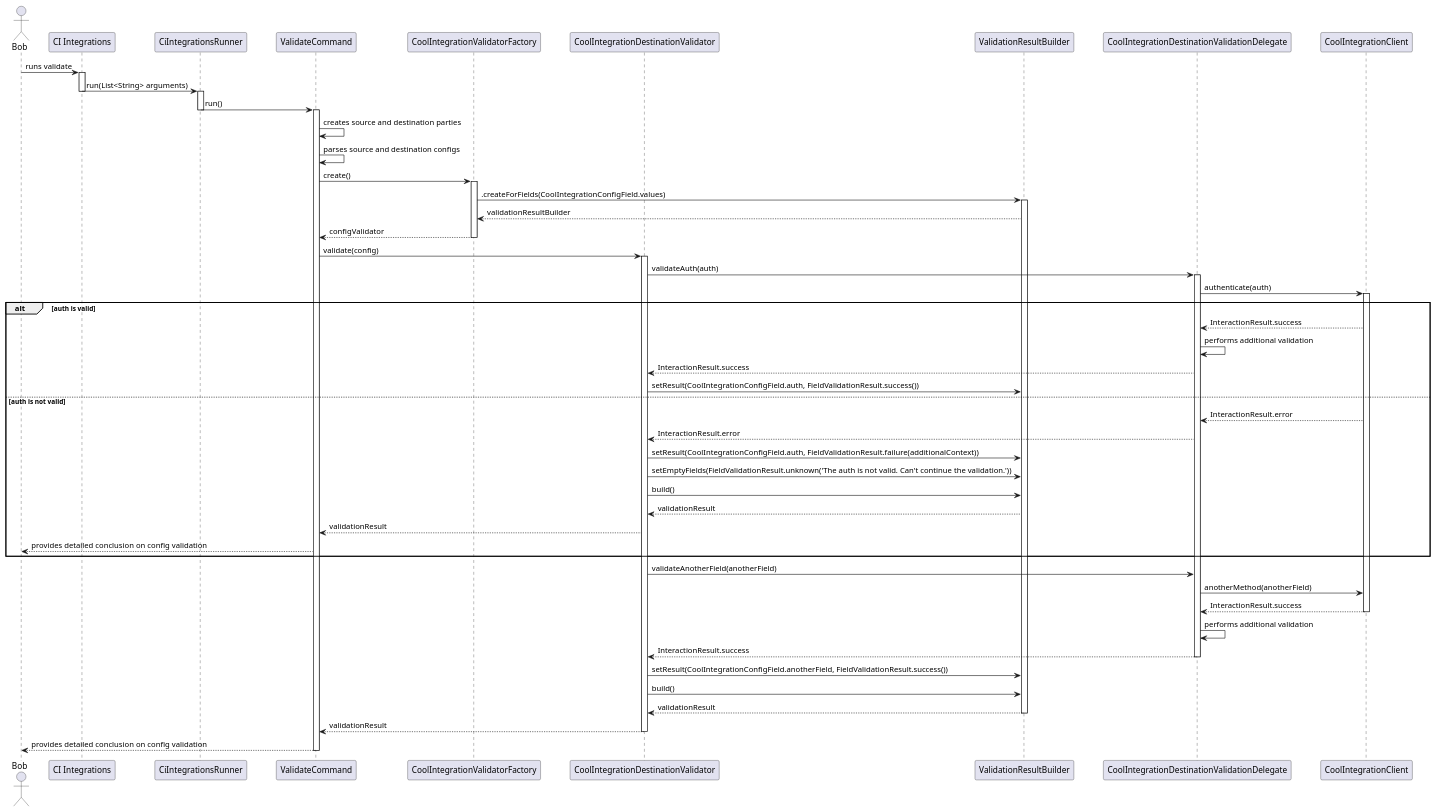
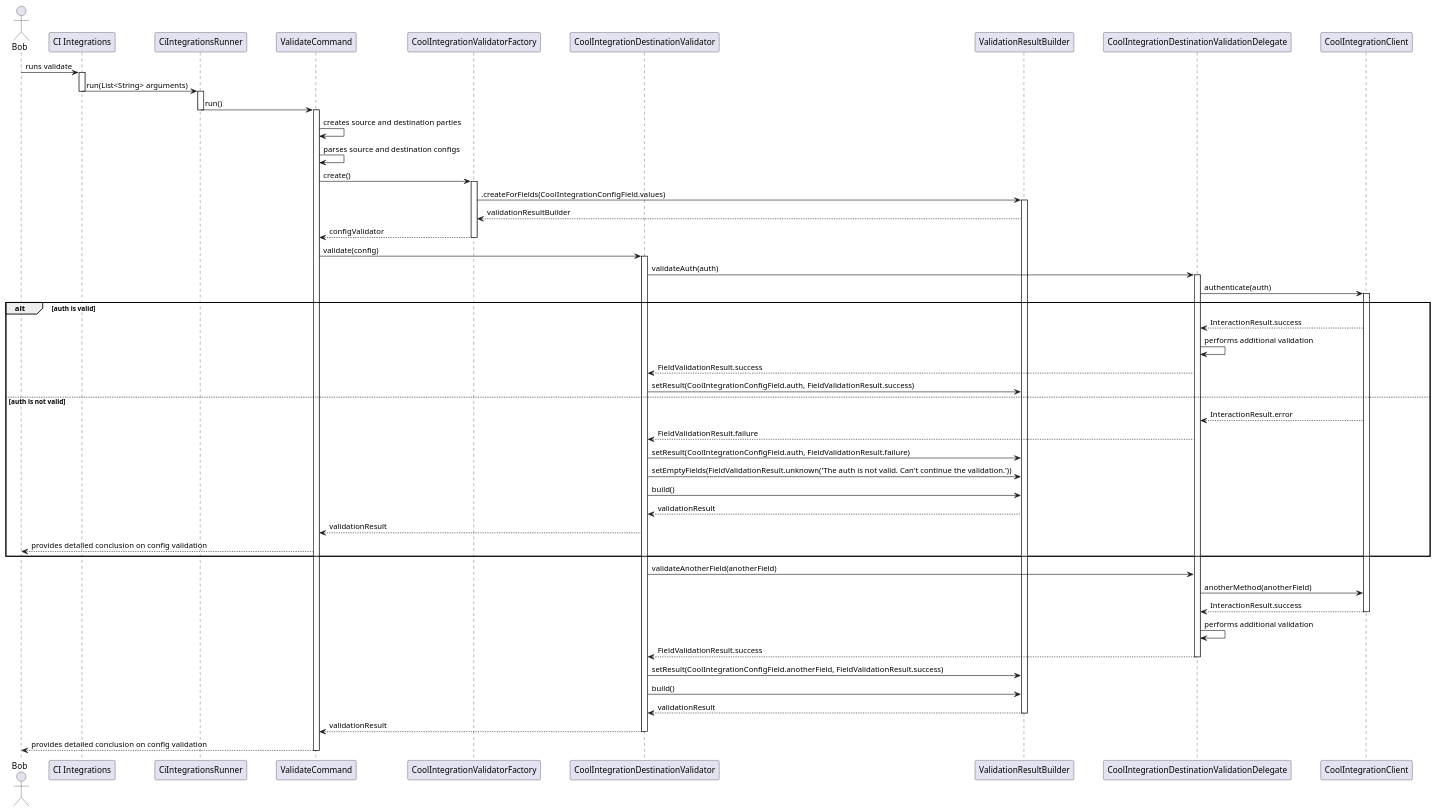
The diagram in metrics/ci_integrations/docs/diagrams/config_validator_sequence_diagram.puml (Flank/flank-dashboard), drawn with PlantUML before and after one commit. The commit also changed 3 other files, not shown here.

First line of the commit message:
docs: Update Config Validator with new validation result (#1185)

```diff
--- a/metrics/ci_integrations/docs/diagrams/config_validator_sequence_diagram.puml
+++ b/metrics/ci_integrations/docs/diagrams/config_validator_sequence_diagram.puml
@@ -1,99 +1,99 @@
 @startuml config_validator_sequence_diagram
 
 skinparam ParticipantPadding 20
 skinparam BoxPadding 10
 
 actor Bob
 
 participant "CI Integrations"
 participant CiIntegrationsRunner
 participant ValidateCommand
 participant CoolIntegrationValidatorFactory
 participant CoolIntegrationDestinationValidator
 participant ValidationResultBuilder
 participant CoolIntegrationDestinationValidationDelegate
 participant CoolIntegrationClient
 
 Bob -> "CI Integrations" : runs validate
 activate "CI Integrations"
 
 "CI Integrations" -> CiIntegrationsRunner: run(List<String> arguments)
 deactivate "CI Integrations"
 activate CiIntegrationsRunner
 
 CiIntegrationsRunner -> ValidateCommand: run()
 deactivate CiIntegrationsRunner
 activate ValidateCommand
 
 ValidateCommand -> ValidateCommand : creates source and destination parties
 ValidateCommand -> ValidateCommand : parses source and destination configs
 
 ValidateCommand -> CoolIntegrationValidatorFactory : create()
 activate CoolIntegrationValidatorFactory
 
 CoolIntegrationValidatorFactory -> ValidationResultBuilder : .createForFields(CoolIntegrationConfigField.values)
 activate ValidationResultBuilder
 
 ValidationResultBuilder --> CoolIntegrationValidatorFactory : validationResultBuilder
 
 
 CoolIntegrationValidatorFactory --> ValidateCommand : configValidator
 deactivate CoolIntegrationValidatorFactory
 
 ValidateCommand -> CoolIntegrationDestinationValidator : validate(config)
 activate CoolIntegrationDestinationValidator
 
 CoolIntegrationDestinationValidator -> CoolIntegrationDestinationValidationDelegate : validateAuth(auth)
 
 activate CoolIntegrationDestinationValidationDelegate
 
 CoolIntegrationDestinationValidationDelegate -> CoolIntegrationClient : authenticate(auth)
 activate  CoolIntegrationClient
 
 alt auth is valid
 
     CoolIntegrationClient --> CoolIntegrationDestinationValidationDelegate : InteractionResult.success
     CoolIntegrationDestinationValidationDelegate -> CoolIntegrationDestinationValidationDelegate : performs additional validation
-    CoolIntegrationDestinationValidationDelegate --> CoolIntegrationDestinationValidator : InteractionResult.success
-    CoolIntegrationDestinationValidator -> ValidationResultBuilder : setResult(CoolIntegrationConfigField.auth, FieldValidationResult.success())
+    CoolIntegrationDestinationValidationDelegate --> CoolIntegrationDestinationValidator : FieldValidationResult.success
+    CoolIntegrationDestinationValidator -> ValidationResultBuilder : setResult(CoolIntegrationConfigField.auth, FieldValidationResult.success)
 
 else auth is not valid
 
     CoolIntegrationClient --> CoolIntegrationDestinationValidationDelegate : InteractionResult.error
-    CoolIntegrationDestinationValidationDelegate --> CoolIntegrationDestinationValidator : InteractionResult.error
-    CoolIntegrationDestinationValidator -> ValidationResultBuilder : setResult(CoolIntegrationConfigField.auth, FieldValidationResult.failure(additionalContext))
+    CoolIntegrationDestinationValidationDelegate --> CoolIntegrationDestinationValidator : FieldValidationResult.failure
+    CoolIntegrationDestinationValidator -> ValidationResultBuilder : setResult(CoolIntegrationConfigField.auth, FieldValidationResult.failure)
     CoolIntegrationDestinationValidator -> ValidationResultBuilder : setEmptyFields(FieldValidationResult.unknown('The auth is not valid. Can't continue the validation.'))
     CoolIntegrationDestinationValidator -> ValidationResultBuilder : build()
     ValidationResultBuilder --> CoolIntegrationDestinationValidator : validationResult
 
     CoolIntegrationDestinationValidator --> ValidateCommand : validationResult
     ValidateCommand --> Bob : provides detailed conclusion on config validation
 
 end
 
 
 CoolIntegrationDestinationValidator -> CoolIntegrationDestinationValidationDelegate : validateAnotherField(anotherField)
 CoolIntegrationDestinationValidationDelegate -> CoolIntegrationClient : anotherMethod(anotherField)
 
 CoolIntegrationClient --> CoolIntegrationDestinationValidationDelegate : InteractionResult.success
 deactivate CoolIntegrationClient
 
 CoolIntegrationDestinationValidationDelegate -> CoolIntegrationDestinationValidationDelegate : performs additional validation
-CoolIntegrationDestinationValidationDelegate --> CoolIntegrationDestinationValidator : InteractionResult.success
+CoolIntegrationDestinationValidationDelegate --> CoolIntegrationDestinationValidator : FieldValidationResult.success
 deactivate CoolIntegrationDestinationValidationDelegate
 
-CoolIntegrationDestinationValidator -> ValidationResultBuilder : setResult(CoolIntegrationConfigField.anotherField, FieldValidationResult.success())
+CoolIntegrationDestinationValidator -> ValidationResultBuilder : setResult(CoolIntegrationConfigField.anotherField, FieldValidationResult.success)
 CoolIntegrationDestinationValidator -> ValidationResultBuilder : build()
 ValidationResultBuilder --> CoolIntegrationDestinationValidator : validationResult
 
 deactivate ValidationResultBuilder
 
 CoolIntegrationDestinationValidator --> ValidateCommand : validationResult
 
 deactivate CoolIntegrationDestinationValidator
 
 ValidateCommand --> Bob : provides detailed conclusion on config validation
 
 deactivate ValidateCommand
 
 @enduml
```
